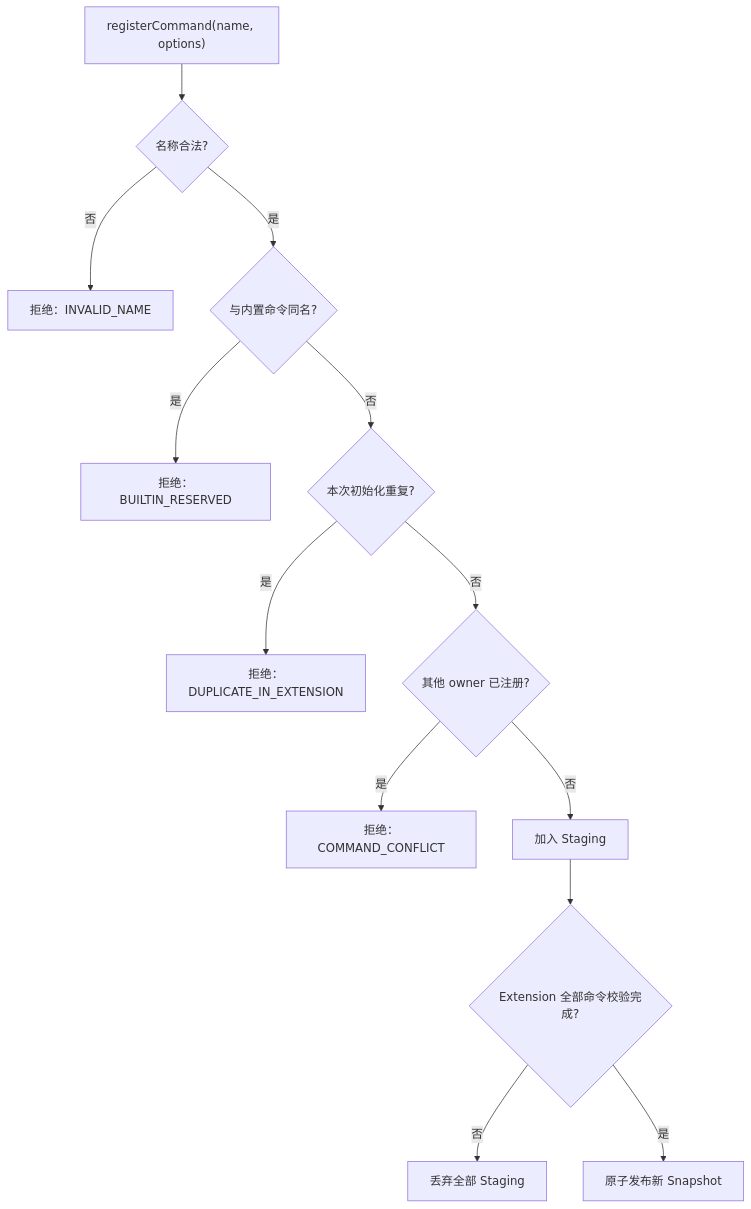
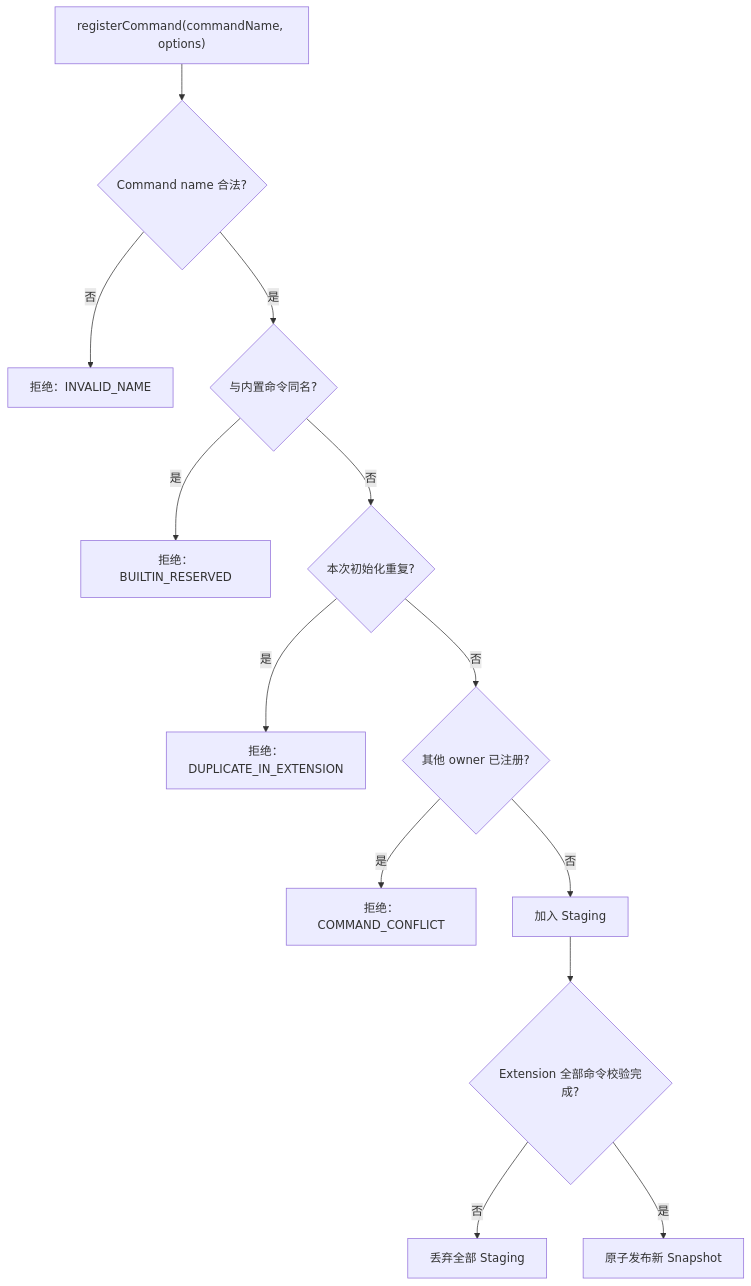
Before and after one commit to superheromeZzh/pi-mono-java-design: the ninth of 20 diagrams in pi-mono-java-extension-command-SR设计.md, drawn with Mermaid. The commit also changed other lines of this file, not shown here.

Commit message:
docs: remove extension display name

````diff
--- a/pi-mono-java-extension-command-SR设计.md
+++ b/pi-mono-java-extension-command-SR设计.md
@@ -570,15 +547,15 @@
 ```mermaid
 flowchart TD
-    start["registerCommand(name, options)"] --> validName{"名称合法?"}
+    start["registerCommand(commandName, options)"] --> validName{"Command name 合法?"}
     validName -- 否 --> rejectName["拒绝：INVALID_NAME"]
     validName -- 是 --> builtin{"与内置命令同名?"}
     builtin -- 是 --> rejectBuiltin["拒绝：BUILTIN_RESERVED"]
     builtin -- 否 --> sameBatch{"本次初始化重复?"}
     sameBatch -- 是 --> rejectBatch["拒绝：DUPLICATE_IN_EXTENSION"]
     sameBatch -- 否 --> otherOwner{"其他 owner 已注册?"}
     otherOwner -- 是 --> rejectConflict["拒绝：COMMAND_CONFLICT"]
     otherOwner -- 否 --> stage["加入 Staging"]
     stage --> allValid{"Extension 全部命令校验完成?"}
     allValid -- 否 --> rollback["丢弃全部 Staging"]
     allValid -- 是 --> publish["原子发布新 Snapshot"]
 ```
````
